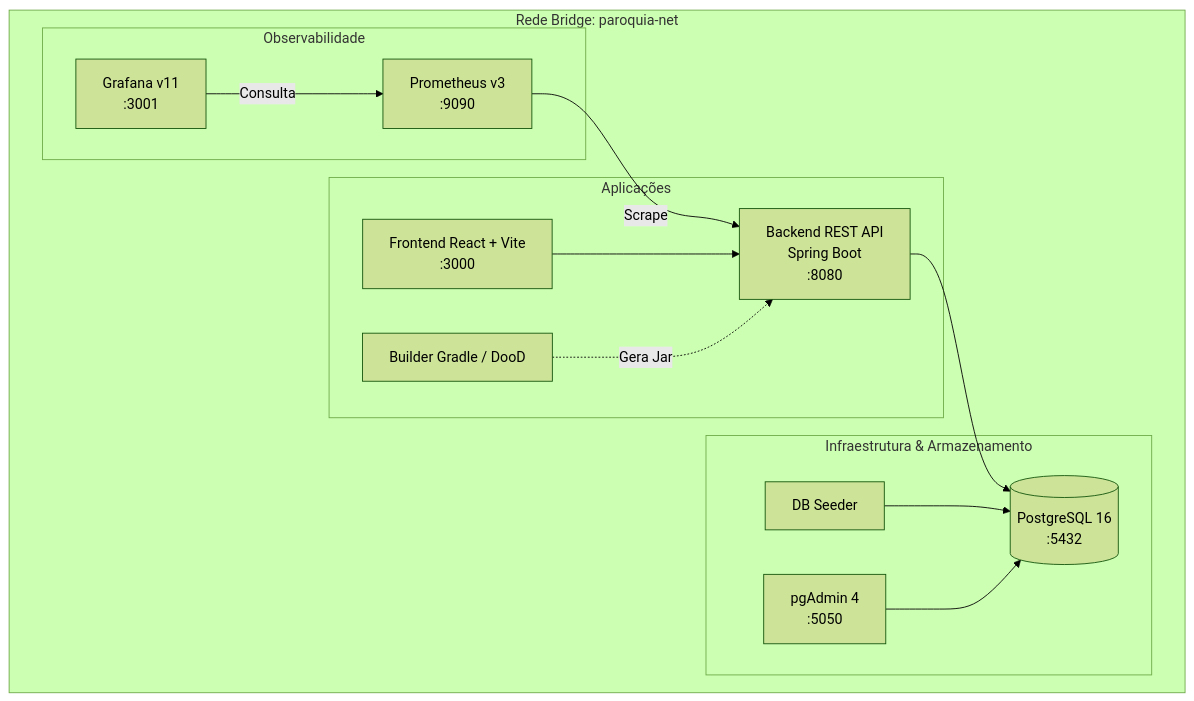
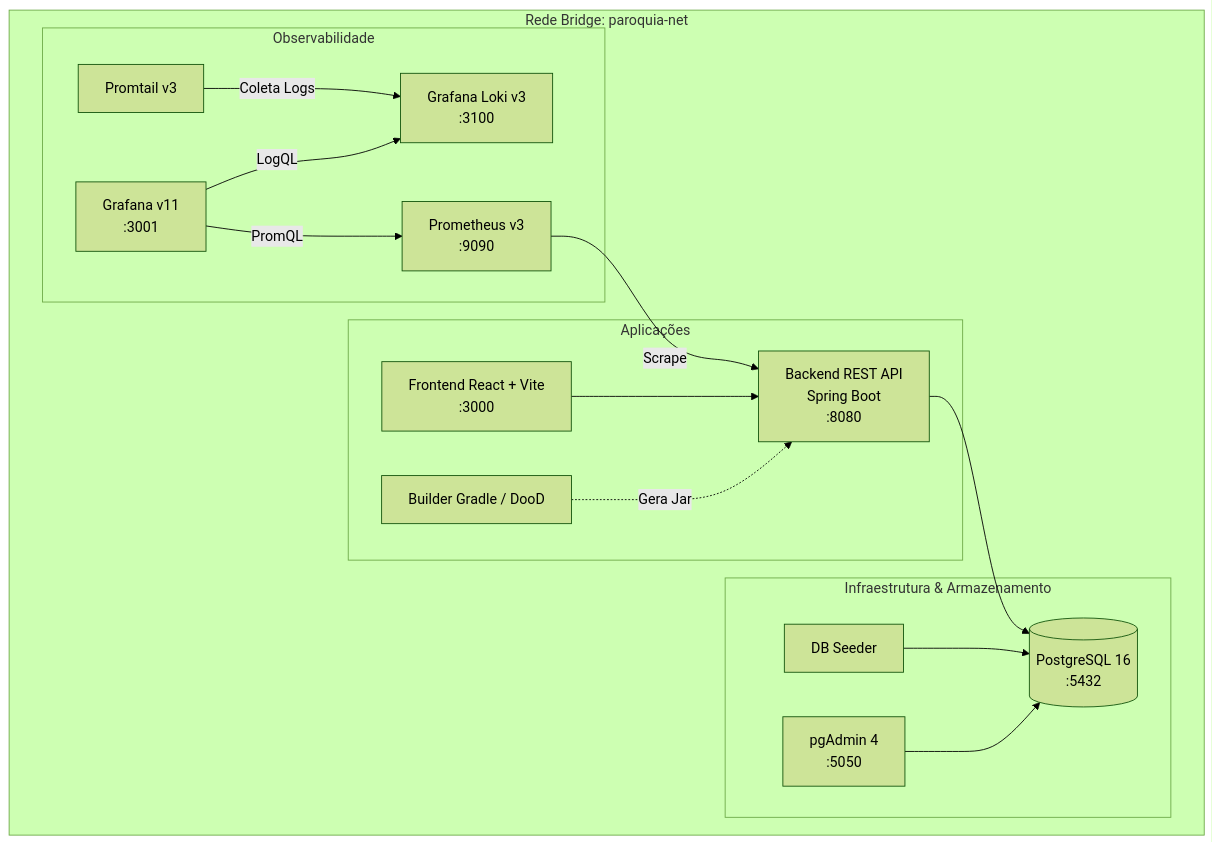
The diagram in docs/guide/docker.md (BrunoLV/paroquia), drawn with Mermaid (forest theme) before and after one commit. The commit also changed other lines of this file and 29 other files, not shown here.

````diff
--- a/docs/guide/docker.md
+++ b/docs/guide/docker.md
@@ -11,29 +11,33 @@
 ```mermaid
 flowchart TD
     subgraph ParoquiaNet["Rede Bridge: paroquia-net"]
         subgraph Infra["Infraestrutura & Armazenamento"]
             DB[("PostgreSQL 16\n:5432")]
             Seeder["DB Seeder"]
             PGAdmin["pgAdmin 4\n:5050"]
         end
 
         subgraph Apps["Aplicações"]
             Builder["Builder Gradle / DooD"]
             API["Backend REST API\nSpring Boot\n:8080"]
             UI["Frontend React + Vite\n:3000"]
         end
 
         subgraph Metrics["Observabilidade"]
             Prometheus["Prometheus v3\n:9090"]
+            Loki["Grafana Loki v3\n:3100"]
+            Promtail["Promtail v3"]
             Grafana["Grafana v11\n:3001"]
         end
     end
 
     UI --> API
     API --> DB
     Seeder --> DB
     PGAdmin --> DB
     Prometheus -->|Scrape| API
-    Grafana -->|Consulta| Prometheus
+    Promtail -->|Coleta Logs| Loki
+    Grafana -->|PromQL| Prometheus
+    Grafana -->|LogQL| Loki
     Builder -.->|Gera Jar| API
 ```
````
